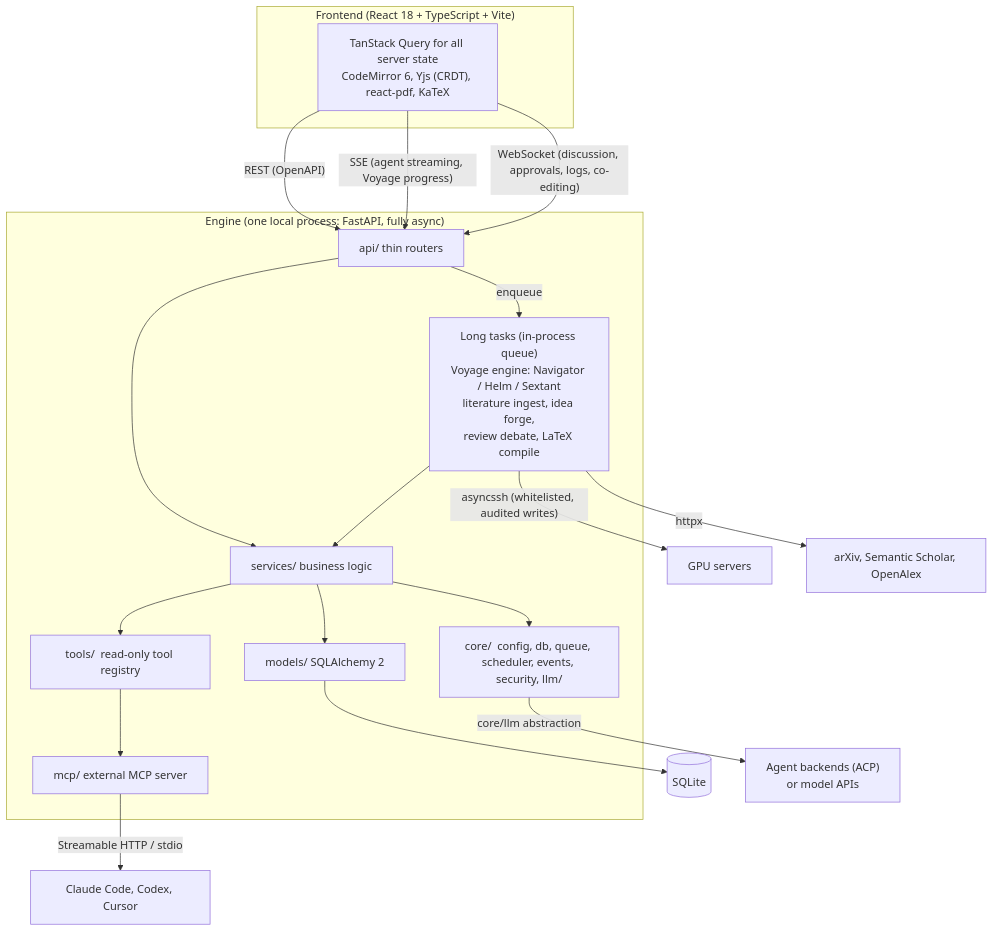
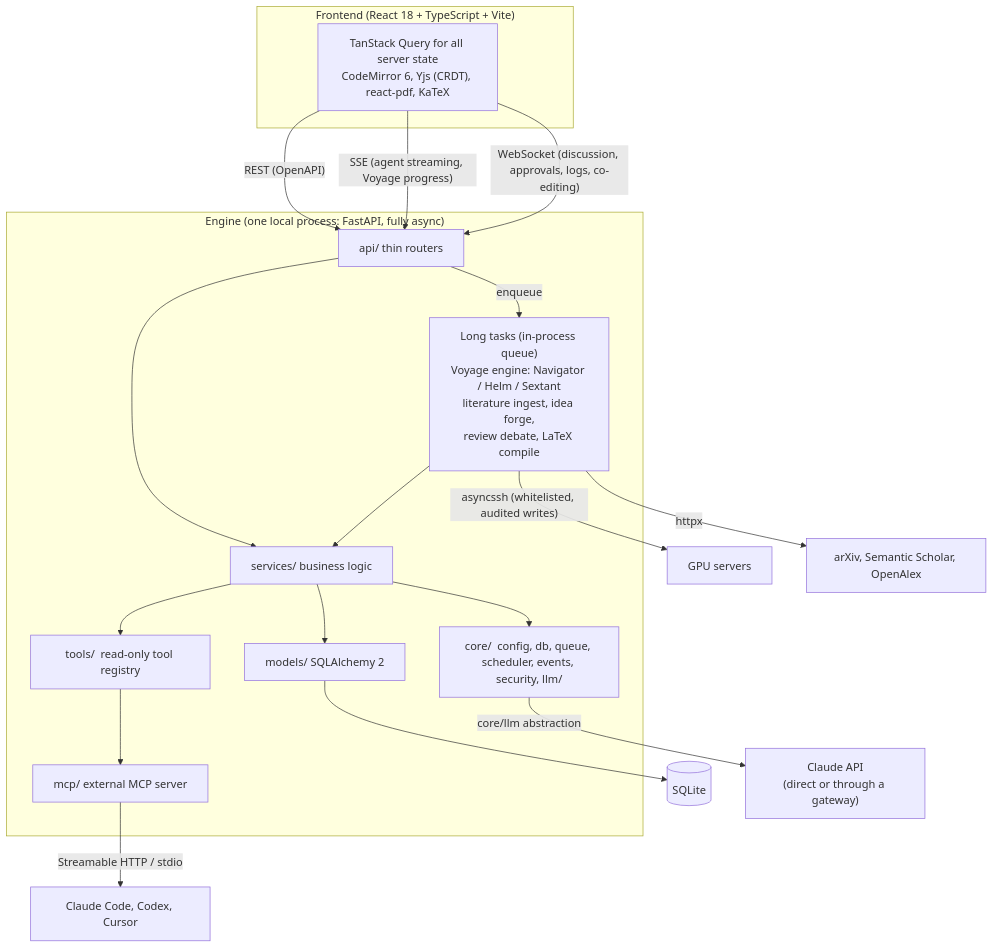
The diagram in docs/architecture.md (ZJU-REAL/Polaris), drawn with Mermaid before and after one commit. The commit also changed other lines of this file and 99 other files, not shown here.

First line of the commit message:
feat: run on Claude only, with no model configuration

````diff
--- a/docs/architecture.md
+++ b/docs/architecture.md
@@ -34,32 +34,32 @@
 ```mermaid
 flowchart TB
     subgraph client["Frontend (React 18 + TypeScript + Vite)"]
       UI["TanStack Query for all server state\nCodeMirror 6, Yjs (CRDT), react-pdf, KaTeX"]
     end
 
     UI -- "REST (OpenAPI)" --> API
     UI -- "SSE (agent streaming, Voyage progress)" --> API
     UI -- "WebSocket (discussion, approvals, logs, co-editing)" --> API
 
     subgraph engine["Engine (one local process: FastAPI, fully async)"]
       API["api/  thin routers"]
       SVC["services/  business logic"]
       MODELS["models/  SQLAlchemy 2"]
       CORE["core/  config, db, queue, scheduler, events, security, llm/"]
       TOOLS["tools/  read-only tool registry"]
       MCP["mcp/  external MCP server"]
       TASKS["Long tasks (in-process queue)\nVoyage engine: Navigator / Helm / Sextant\nliterature ingest, idea forge,\nreview debate, LaTeX compile"]
       API --> SVC --> MODELS
       SVC --> CORE
       SVC --> TOOLS
       TOOLS --> MCP
       API -- "enqueue" --> TASKS
       TASKS --> SVC
     end
 
     MODELS --> DB[("SQLite")]
-    CORE -- "core/llm abstraction" --> LLM["Agent backends (ACP)\nor model APIs"]
+    CORE -- "core/llm abstraction" --> LLM["Claude API\n(direct or through a gateway)"]
     TASKS -- "asyncssh (whitelisted, audited writes)" --> GPU["GPU servers"]
     TASKS -- "httpx" --> LIT["arXiv, Semantic Scholar, OpenAlex"]
     MCP -- "Streamable HTTP / stdio" --> EXT["Claude Code, Codex, Cursor"]
 ```
````
